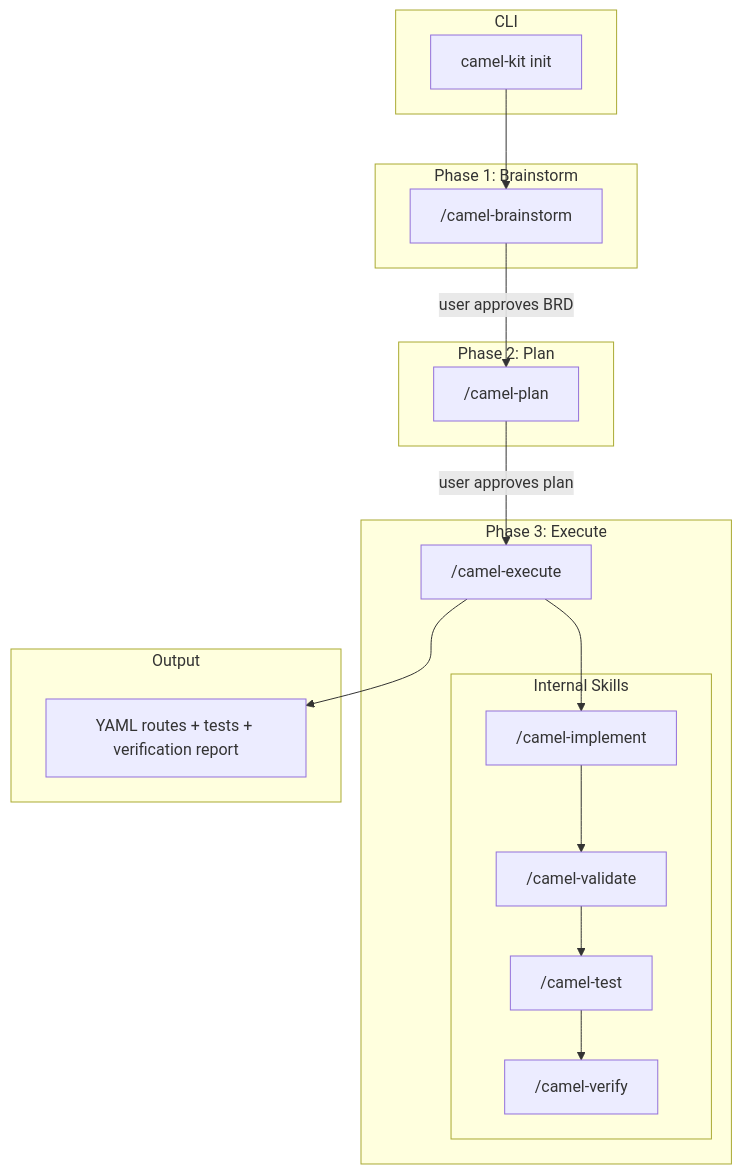
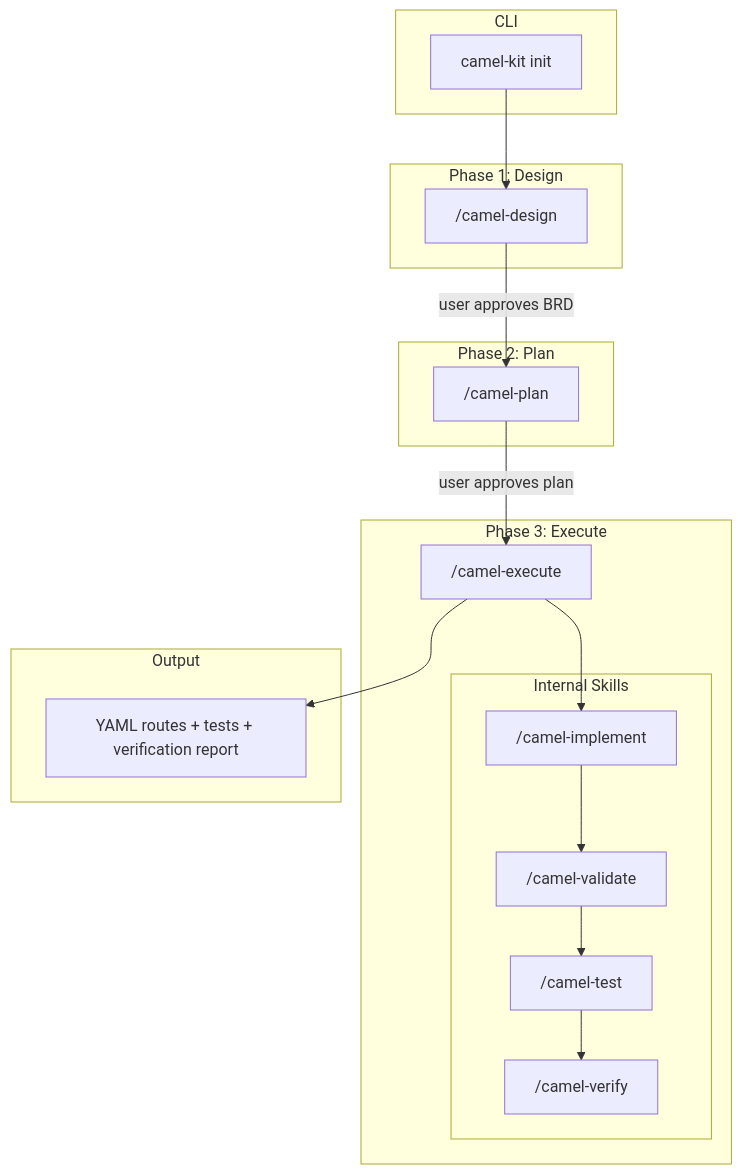
One commit to luigidemasi/camel-kit changed the third of 3 diagrams in docs/user-guide.md. Above: the diagram before and after it, drawn with Mermaid. The commit also changed other lines of this file and 32 other files, not shown here.

````diff
--- a/docs/user-guide.md
+++ b/docs/user-guide.md
@@ -182,30 +182,30 @@
 ```mermaid
 flowchart TB
     subgraph CLI
         A["camel-kit init"]
     end
-    subgraph "Phase 1: Brainstorm"
-        B["/camel-brainstorm"]
+    subgraph "Phase 1: Design"
+        B["/camel-design"]
     end
     subgraph "Phase 2: Plan"
         C["/camel-plan"]
     end
     subgraph "Phase 3: Execute"
         D["/camel-execute"]
         subgraph "Internal Skills"
             I["/camel-implement"]
             V["/camel-validate"]
             T["/camel-test"]
             R["/camel-verify"]
         end
     end
     subgraph Output
         E["YAML routes + tests + verification report"]
     end
 
     A --> B
     B -->|"user approves BRD"| C
     C -->|"user approves plan"| D
     D --> I --> V --> T --> R
     D --> E
 ```
````
